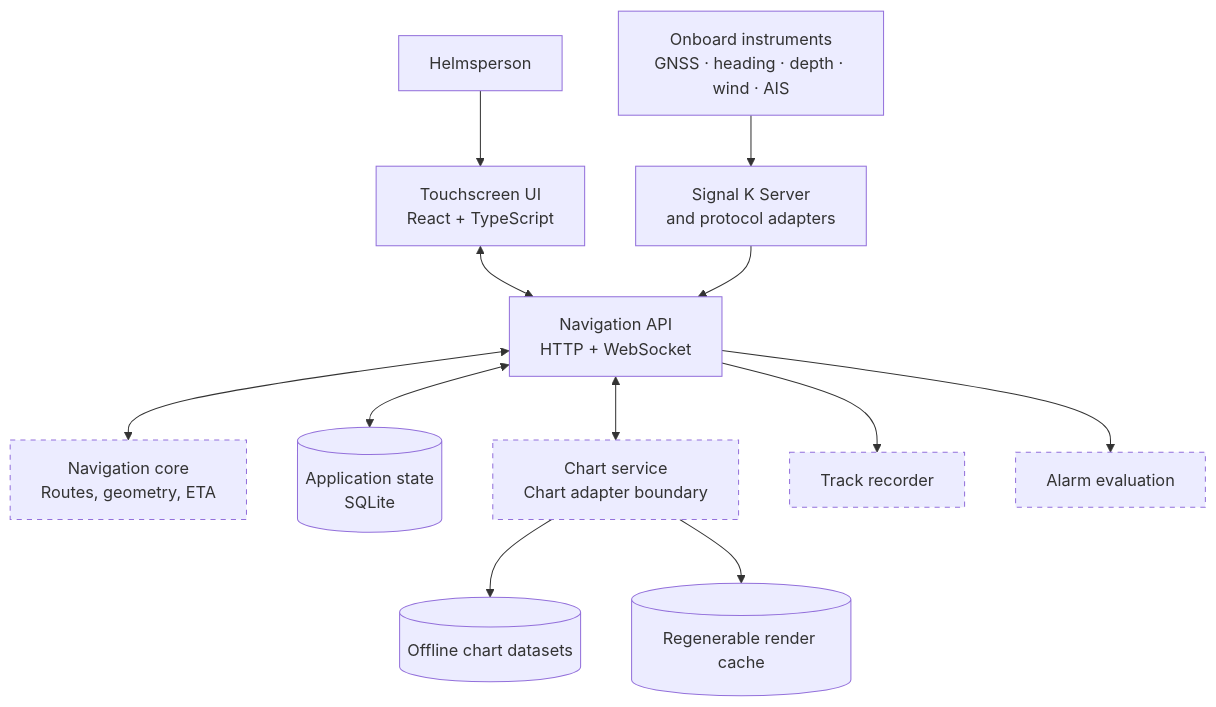
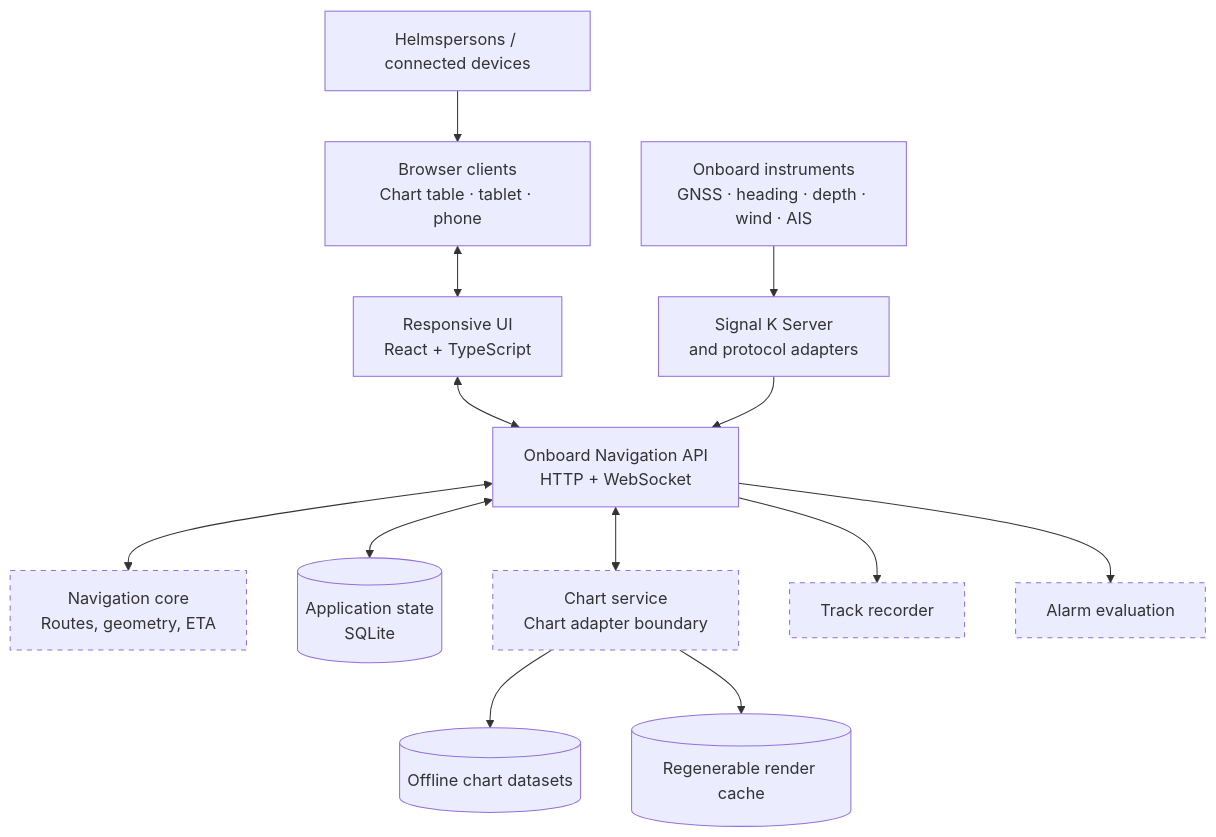
Before and after one commit to ruicunha/Azimute-One: the first of 3 diagrams in docs/architecture/vision.md, drawn with Mermaid. The commit also changed other lines of this file, not shown here.

Commit message:
Document multi-client and container architecture

````diff
--- a/docs/architecture/vision.md
+++ b/docs/architecture/vision.md
@@ -131,21 +149,22 @@
 ```mermaid
 flowchart TB
-    User[Helmsperson] --> UI[Touchscreen UI<br/>React + TypeScript]
-    UI <--> API[Navigation API<br/>HTTP + WebSocket]
+    Users[Helmspersons / connected devices] --> Clients[Browser clients<br/>Chart table · tablet · phone]
+    Clients <--> UI[Responsive UI<br/>React + TypeScript]
+    UI <--> API[Onboard Navigation API<br/>HTTP + WebSocket]
 
     API <--> Core[Navigation core<br/>Routes, geometry, ETA]
     API <--> Store[(Application state<br/>SQLite)]
     API <--> Charts[Chart service<br/>Chart adapter boundary]
     Charts --> Datasets[(Offline chart datasets)]
     Charts --> Cache[(Regenerable render cache)]
 
     Marine[Onboard instruments<br/>GNSS · heading · depth · wind · AIS]
     Marine --> SK[Signal K Server<br/>and protocol adapters]
     SK --> API
 
     API --> Recorder[Track recorder]
     API --> Alarms[Alarm evaluation]
 
     classDef candidate stroke-dasharray: 5 5
     class Charts,Core,Recorder,Alarms candidate
 ```
````
